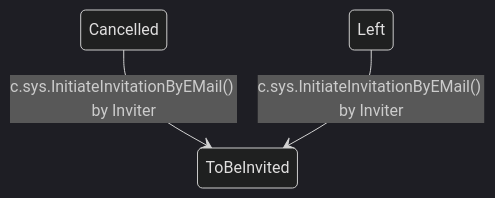
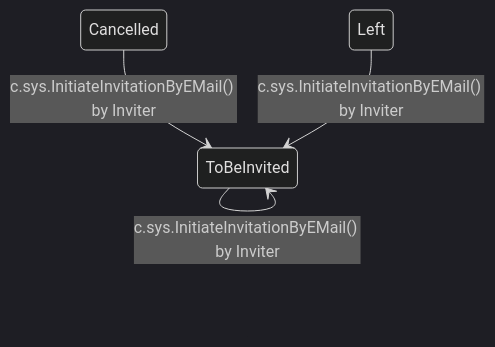
Before and after one commit to voedger/voedger-internals: the third of 3 diagrams in server/invites/invites.md, drawn with Mermaid (dark theme). The commit also changed 1 other file, not shown here.

Commit message:
fix: correct function reference in invites documentation

````diff
--- a/server/invites/invites.md
+++ b/server/invites/invites.md
@@ -141,5 +141,6 @@
 ```mermaid
 stateDiagram-v2
+    ToBeInvited --> ToBeInvited: c.sys.InitiateInvitationByEMail() by Inviter
     Cancelled --> ToBeInvited: c.sys.InitiateInvitationByEMail() by Inviter
     Left --> ToBeInvited: c.sys.InitiateInvitationByEMail() by Inviter
 ```
````
